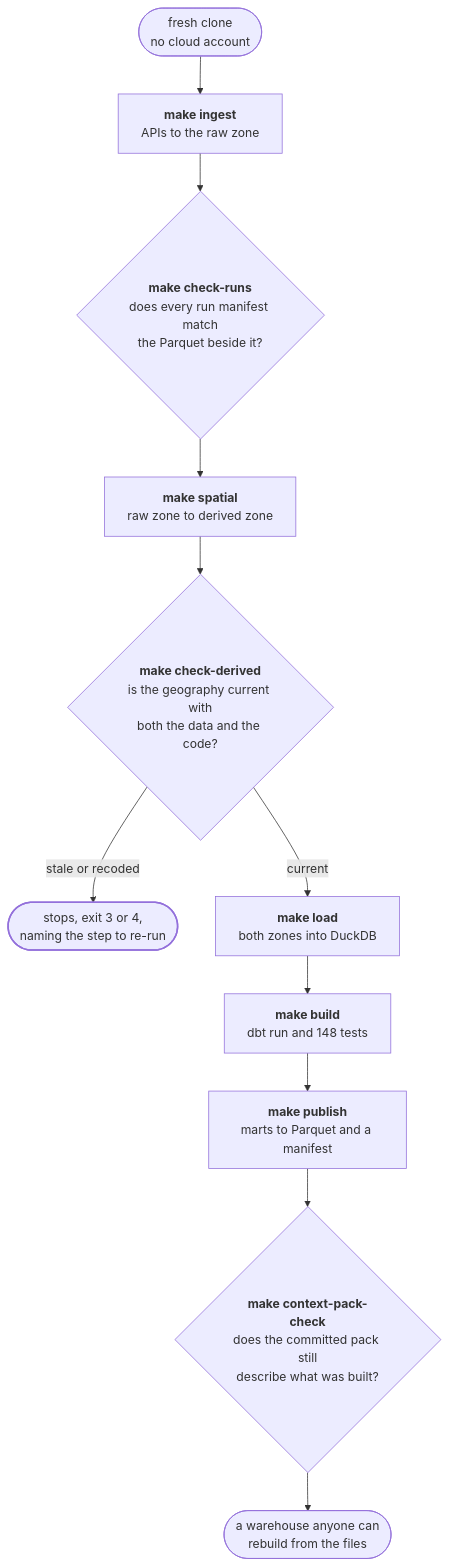
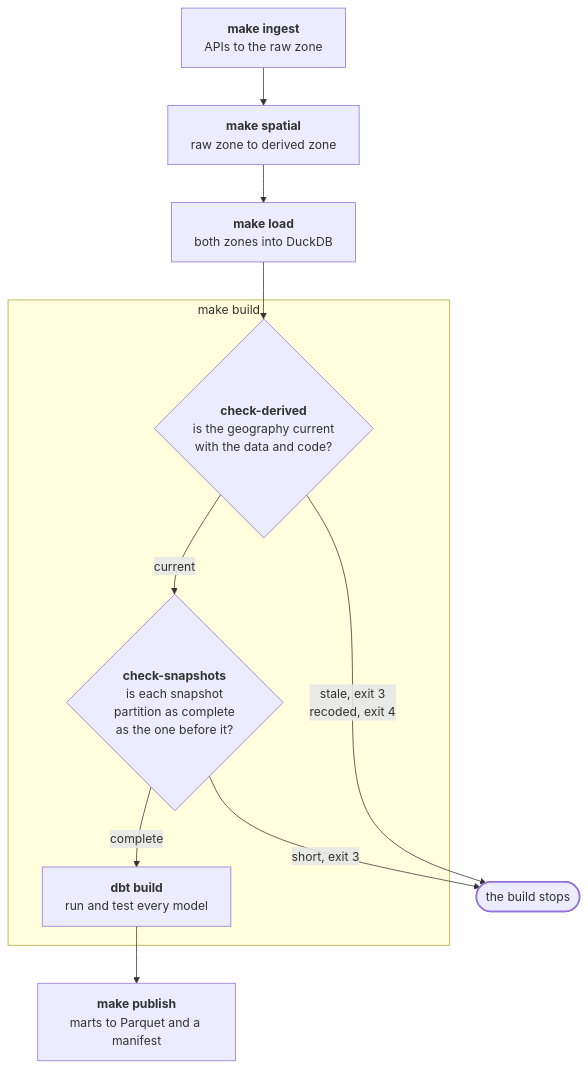
Before and after one commit to mp321/sf-data-warehouse: the second of 2 diagrams in README.md, drawn with Mermaid. The commit also changed other lines of this file and 5 other files, not shown here.

````diff
--- a/README.md
+++ b/README.md
@@ -115,32 +119,22 @@
 ```mermaid
 flowchart TD
-    START(["fresh clone<br/>no cloud account"])
-    START --> A
+    A["<b>make ingest</b><br/>APIs to the raw zone"]
+    B["<b>make spatial</b><br/>raw zone to derived zone"]
+    C["<b>make load</b><br/>both zones into DuckDB"]
+    subgraph BUILD["make build"]
+        G1{"<b>check-derived</b><br/>is the geography current<br/>with the data and code?"}
+        G2{"<b>check-snapshots</b><br/>is each snapshot<br/>partition as complete<br/>as the one before it?"}
+        D["<b>dbt build</b><br/>run and test every model"]
+    end
+    E["<b>make publish</b><br/>marts to Parquet and a manifest"]
+    STOP(["the build stops"])
 
-    A["<b>make ingest</b><br/>APIs to the raw zone"]
-    A --> G1
-
-    G1{"<b>make check-runs</b><br/>does every run manifest match<br/>the Parquet beside it?"}
-    G1 --> B
-
-    B["<b>make spatial</b><br/>raw zone to derived zone"]
-    B --> G2
-
-    G2{"<b>make check-derived</b><br/>is the geography current with<br/>both the data and the code?"}
-    G2 -->|"stale or recoded"| STOP(["stops, exit 3 or 4,<br/>naming the step to re-run"])
-    G2 -->|"current"| C
-
-    C["<b>make load</b><br/>both zones into DuckDB"]
-    C --> D
-
-    D["<b>make build</b><br/>dbt run and 148 tests"]
+    A --> B --> C --> G1
+    G1 -->|"current"| G2
+    G2 -->|"complete"| D
     D --> E
-
-    E["<b>make publish</b><br/>marts to Parquet and a manifest"]
-    E --> G3
-
-    G3{"<b>make context-pack-check</b><br/>does the committed pack still<br/>describe what was built?"}
-    G3 --> DONE(["a warehouse anyone can<br/>rebuild from the files"])
+    G1 -->|"stale, exit 3<br/>recoded, exit 4"| STOP
+    G2 -->|"short, exit 3"| STOP
 
     style STOP stroke-width:2px
 ```
````
